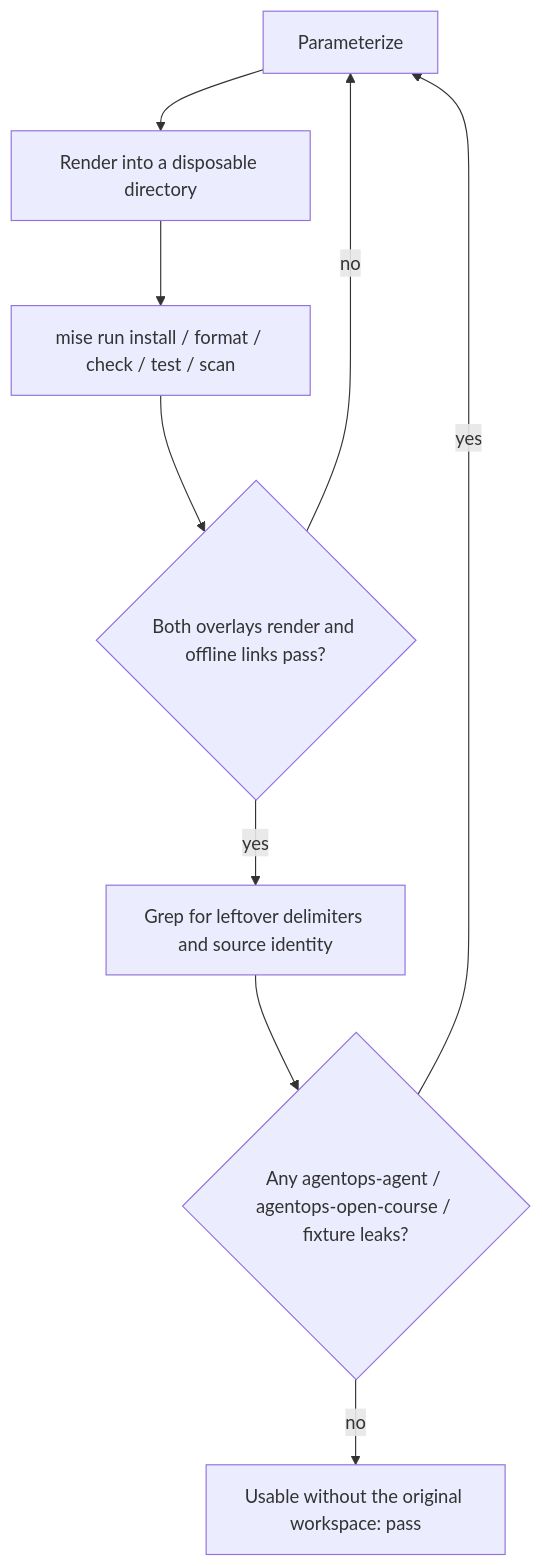
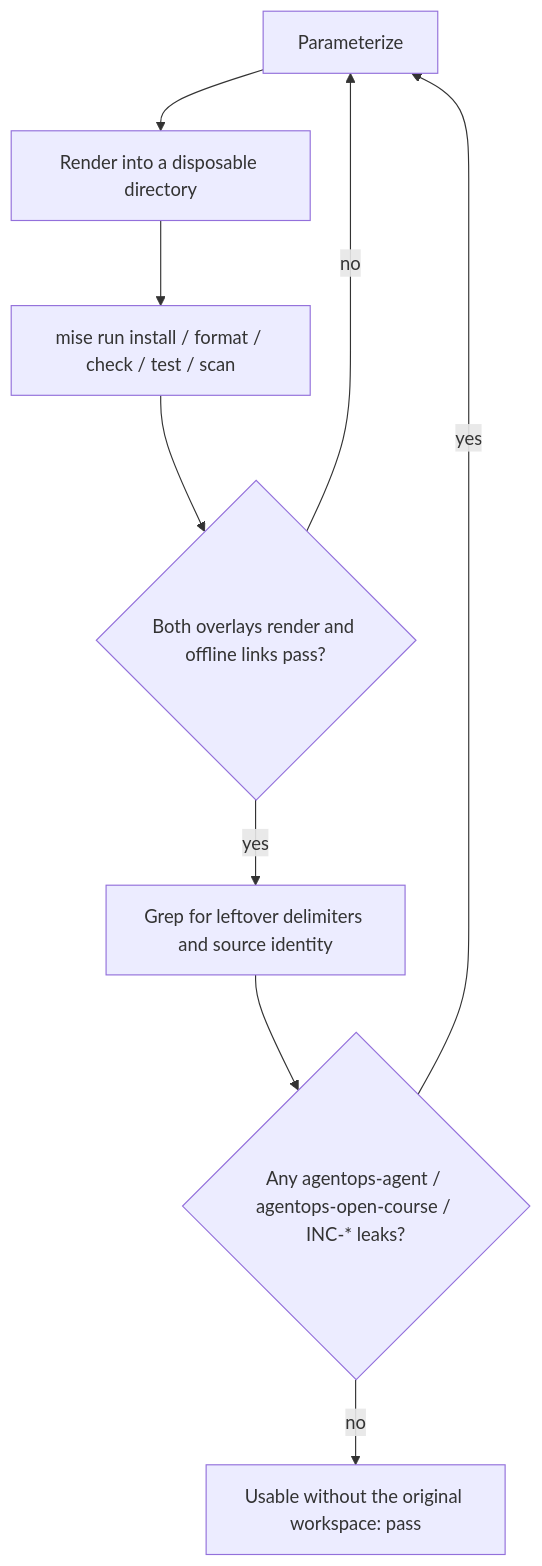
One commit to LuiGGi629/agentops-open-course changed the diagram in docs/8. Community/8.3. Templates.md. Above: the diagram before and after it, drawn with Mermaid. The commit also changed other lines of this file and 71 other files, not shown here.

First line of the commit message:
docs(course): order pages by the learner's dependency graph and add a practice loop

````diff
--- a/docs/8. Community/8.3. Templates.md
+++ b/docs/8. Community/8.3. Templates.md
@@ -136,11 +138,11 @@
     ```mermaid
     flowchart TD
       A[Parameterize] --> B[Render into a disposable directory]
       B --> C["mise run install / format / check / test / scan"]
       C --> D{Both overlays render and offline links pass?}
       D -- no --> A
       D -- yes --> E[Grep for leftover delimiters and source identity]
-      E --> F{Any agentops-agent / agentops-open-course / fixture leaks?}
+      E --> F{Any agentops-agent / agentops-open-course / INC-* leaks?}
       F -- yes --> A
       F -- no --> G[Usable without the original workspace: pass]
     ```
````
